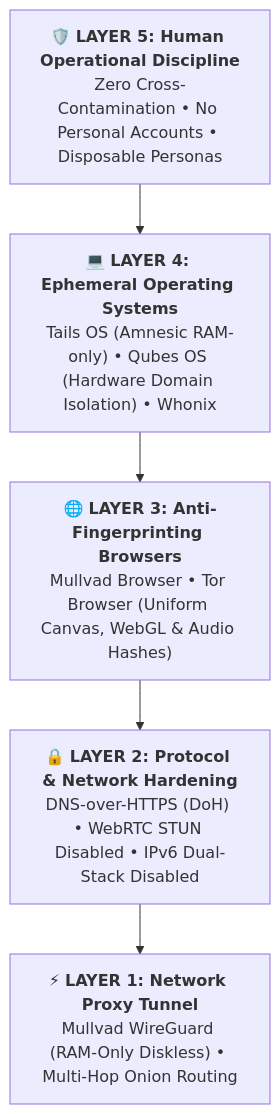
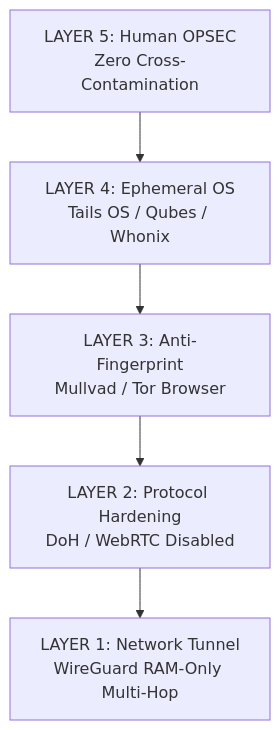
The second of 2 diagrams in topics/04-vpn-mechanics-and-opsec/README.md (DaddyZyn/Cyber-security-notes), drawn with Mermaid before and after one commit. The commit also changed other lines of this file and 19 other files, not shown here.

Commit message:
fix: overhaul all Mermaid diagrams with clean vertical layouts and short line-wrapping to prevent GitHub clipping

````diff
--- a/topics/04-vpn-mechanics-and-opsec/README.md
+++ b/topics/04-vpn-mechanics-and-opsec/README.md
@@ -116,10 +109,10 @@
 ```mermaid
 flowchart TD
-    L5["🛡️ <b>LAYER 5: Human Operational Discipline</b><br>Zero Cross-Contamination • No Personal Accounts • Disposable Personas"]
-    L4["💻 <b>LAYER 4: Ephemeral Operating Systems</b><br>Tails OS (Amnesic RAM-only) • Qubes OS (Hardware Domain Isolation) • Whonix"]
-    L3["🌐 <b>LAYER 3: Anti-Fingerprinting Browsers</b><br>Mullvad Browser • Tor Browser (Uniform Canvas, WebGL & Audio Hashes)"]
-    L2["🔒 <b>LAYER 2: Protocol & Network Hardening</b><br>DNS-over-HTTPS (DoH) • WebRTC STUN Disabled • IPv6 Dual-Stack Disabled"]
-    L1["⚡ <b>LAYER 1: Network Proxy Tunnel</b><br>Mullvad WireGuard (RAM-Only Diskless) • Multi-Hop Onion Routing"]
+    L5["LAYER 5: Human OPSEC<br/>Zero Cross-Contamination"]
+    L4["LAYER 4: Ephemeral OS<br/>Tails OS / Qubes / Whonix"]
+    L3["LAYER 3: Anti-Fingerprint<br/>Mullvad / Tor Browser"]
+    L2["LAYER 2: Protocol Hardening<br/>DoH / WebRTC Disabled"]
+    L1["LAYER 1: Network Tunnel<br/>WireGuard RAM-Only Multi-Hop"]
 
     L5 --> L4 --> L3 --> L2 --> L1
 ```
````
